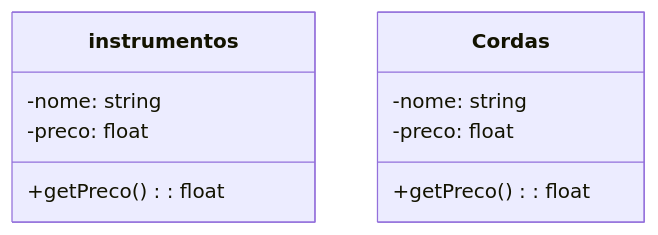
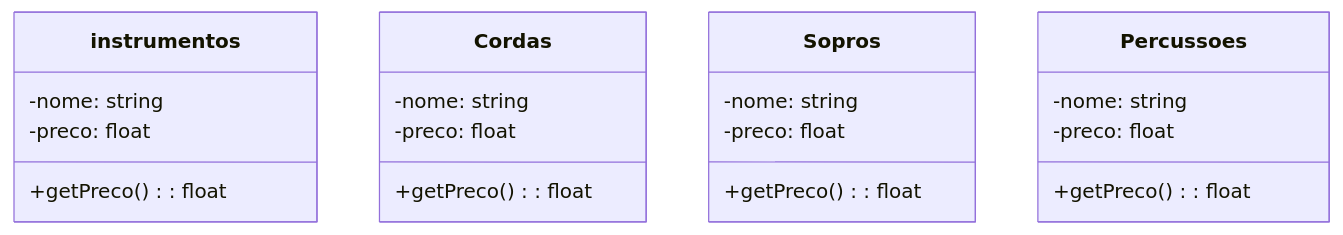
Before and after one commit to LucasGabrielPaes/teste: the diagram in README.md, drawn with Mermaid.

````diff
--- a/README.md
+++ b/README.md
@@ -1,14 +1,26 @@
 ```mermaid
 classDiagram
   class instrumentos {
      -nome: string
     -preco: float
     +getPreco(): float
   }
 
   class Cordas {
    -nome: string
     -preco: float
     +getPreco(): float
 }
+
+ class Sopros {
+   -nome: string
+    -preco: float
+    +getPreco(): float
+}
+
+ class Percussoes {
+   -nome: string
+    -preco: float
+    +getPreco(): float
+}
 ```
````
